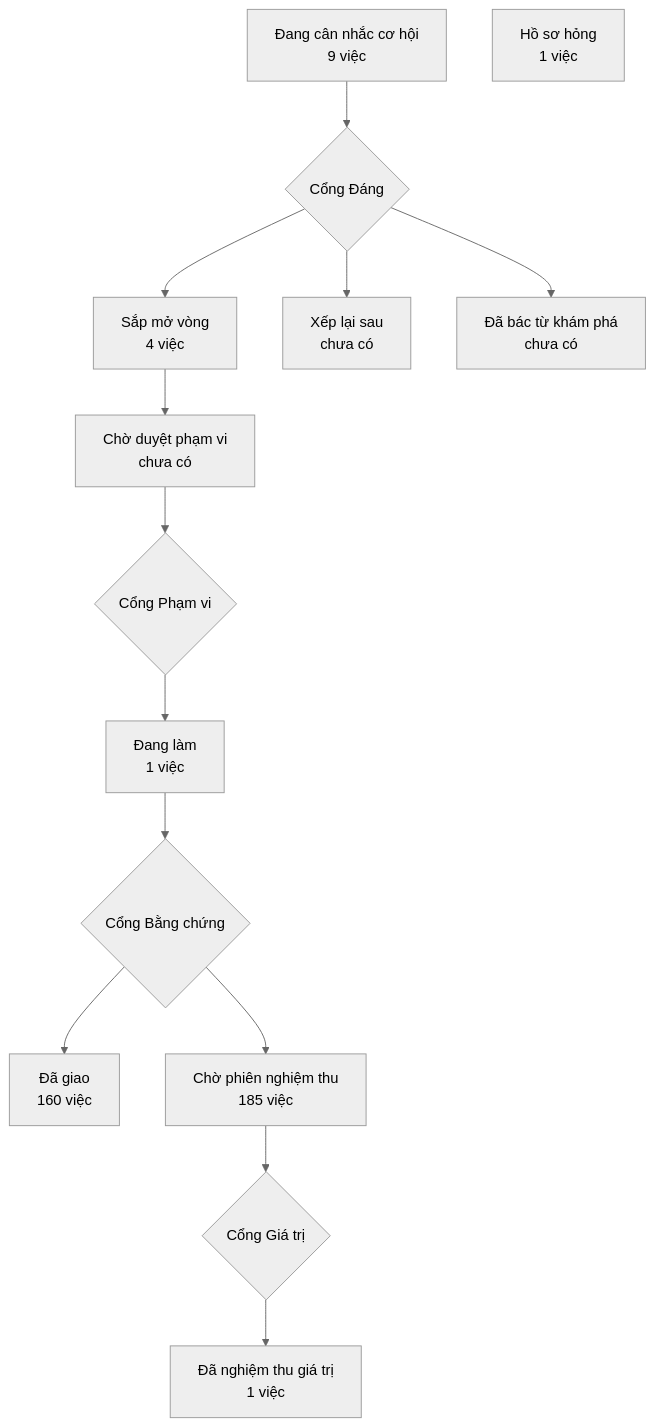
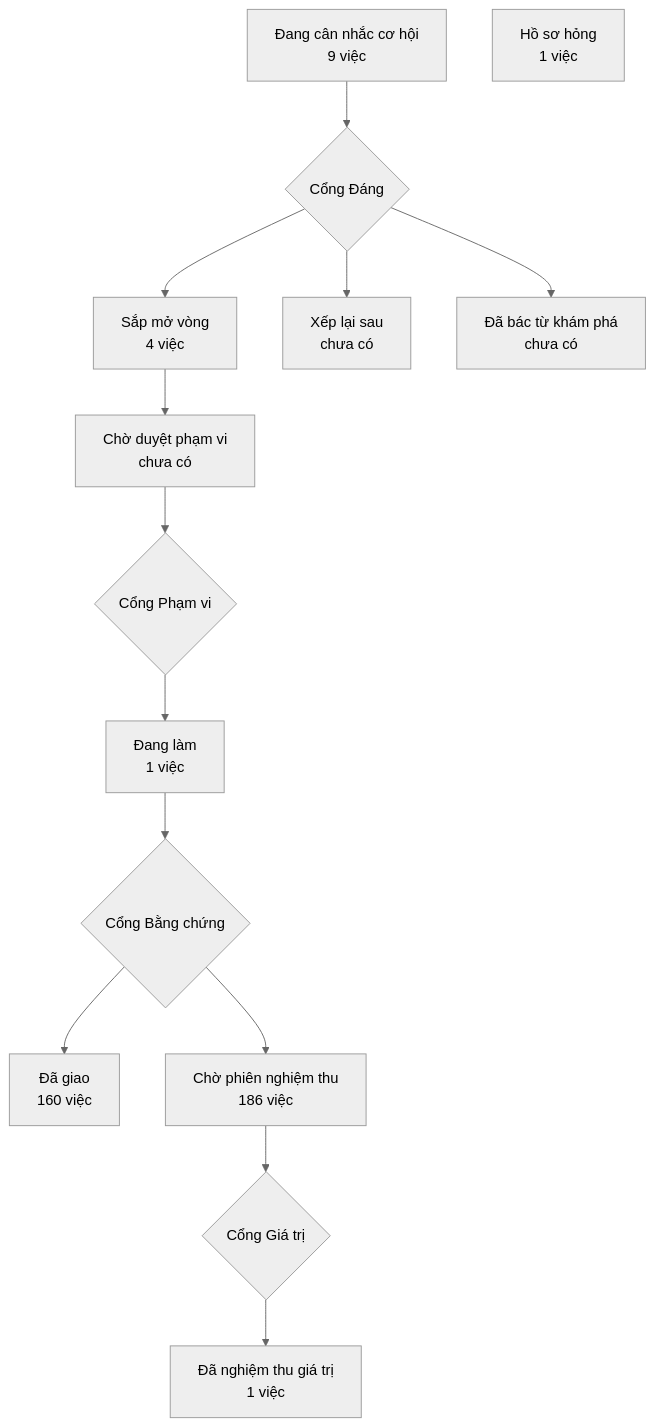
One commit to phanlemanh/crm-onehub changed the diagram in PRODUCT-MAP.md. Above: the diagram before and after it, drawn with Mermaid (neutral theme). The commit also changed 1 other file, not shown here.

Commit message:
chore(bam-kr-mo-chi-tiet-kr): vẽ lại bản đồ sản phẩm từ bản sạch sau khi gộp onehub (#439, #573)

````diff
--- a/PRODUCT-MAP.md
+++ b/PRODUCT-MAP.md
@@ -7,13 +7,13 @@
 ```mermaid
 flowchart TD
   A["Đang cân nhắc cơ hội<br/>9 việc"] --> GD{"Cổng Đáng"}
   GD --> B["Sắp mở vòng<br/>4 việc"]
   GD --> XL["Xếp lại sau<br/>chưa có"]
   GD --> DB["Đã bác từ khám phá<br/>chưa có"]
   B --> CD["Chờ duyệt phạm vi<br/>chưa có"] --> GP{"Cổng Phạm vi"}
   GP --> DL["Đang làm<br/>1 việc"] --> GB{"Cổng Bằng chứng"}
   GB --> DG["Đã giao<br/>160 việc"]
-  GB --> CN["Chờ phiên nghiệm thu<br/>185 việc"] --> GG{"Cổng Giá trị"}
+  GB --> CN["Chờ phiên nghiệm thu<br/>186 việc"] --> GG{"Cổng Giá trị"}
   GG --> NT["Đã nghiệm thu giá trị<br/>1 việc"]
   HS["Hồ sơ hỏng<br/>1 việc"]
 ```
````
